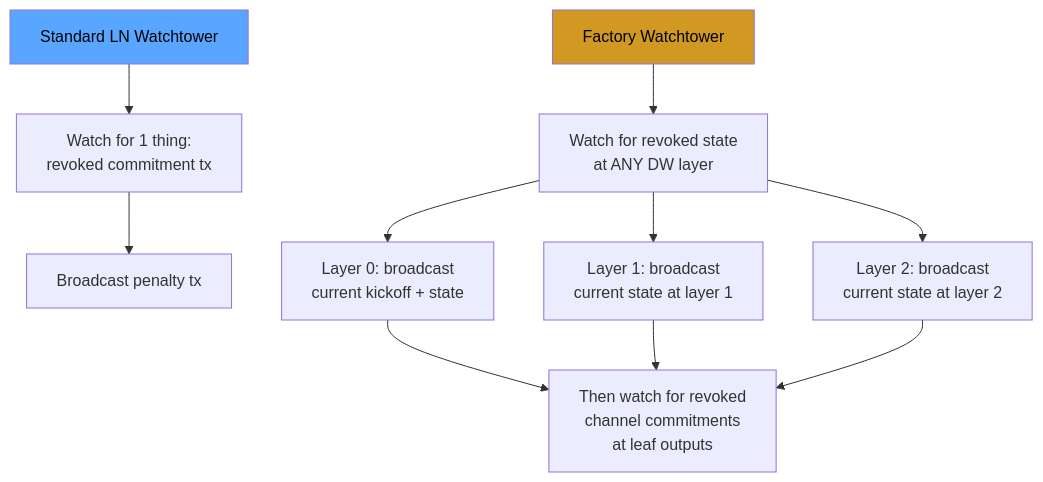
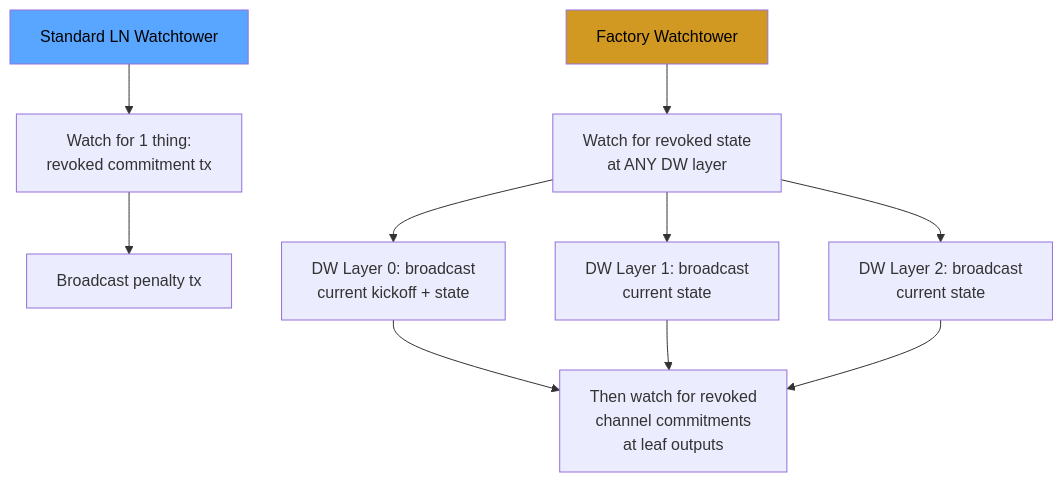
Before and after one commit to 8144225309/superscalar-docs: the fourth of 6 diagrams in research/research-horizon.md, drawn with Mermaid. The commit also changed other lines of this file and 2 other files, not shown here.

````diff
--- a/research/research-horizon.md
+++ b/research/research-horizon.md
@@ -143,16 +143,16 @@
 ```mermaid
 graph TD
     W1["Standard LN Watchtower"] --> R1["Watch for 1 thing:<br/>revoked commitment tx"]
     R1 --> P1["Broadcast penalty tx"]
 
     W2["Factory Watchtower"] --> R2["Watch for revoked state<br/>at ANY DW layer"]
-    R2 --> L1["Layer 0: broadcast<br/>current kickoff + state"]
-    R2 --> L2["Layer 1: broadcast<br/>current state at layer 1"]
-    R2 --> L3["Layer 2: broadcast<br/>current state at layer 2"]
+    R2 --> L1["DW Layer 0: broadcast<br/>current kickoff + state"]
+    R2 --> L2["DW Layer 1: broadcast<br/>current state"]
+    R2 --> L3["DW Layer 2: broadcast<br/>current state"]
     L1 --> CH["Then watch for revoked<br/>channel commitments<br/>at leaf outputs"]
     L2 --> CH
     L3 --> CH
 
     style W1 fill:#58a6ff,color:#000
     style W2 fill:#d29922,color:#000
 ```
````
